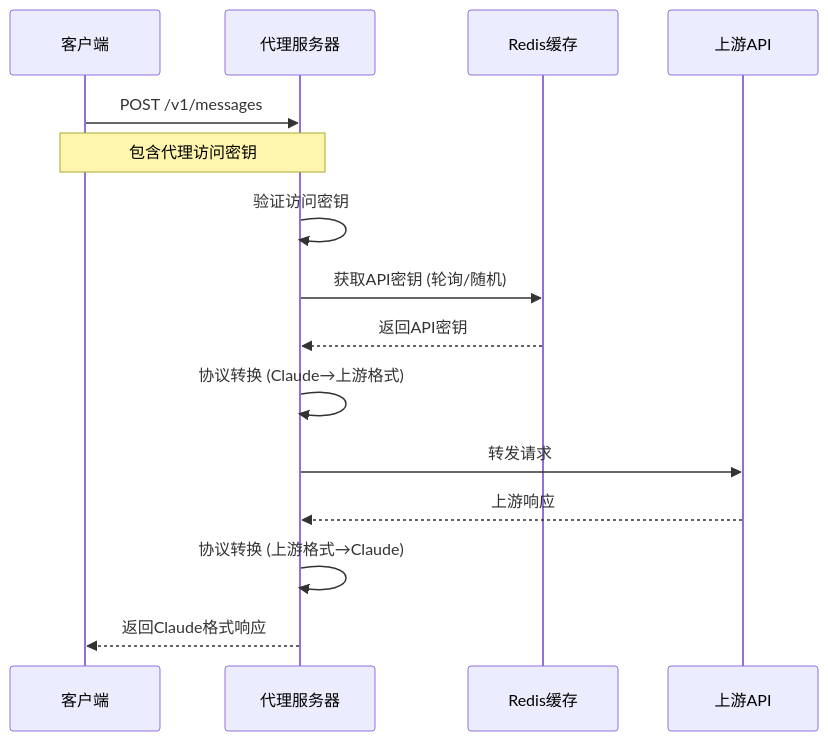
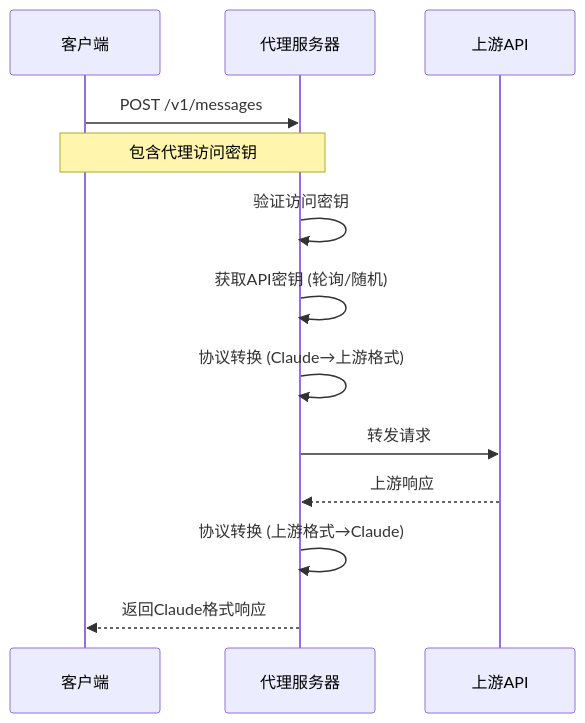
The diagram in README.md (BenedictKing/claude-proxy), drawn with Mermaid before and after one commit. The commit also changed other lines of this file and 1 other file, not shown here.

Commit message:
refactor: 移除 Redis 依赖，改为基于文件的配置管理

````diff
--- a/README.md
+++ b/README.md
@@ -254,21 +254,19 @@
 ```mermaid
 sequenceDiagram
     participant Client as 客户端
     participant Proxy as 代理服务器
-    participant Redis as Redis缓存
     participant Upstream as 上游API
 
     Client->>Proxy: POST /v1/messages
     Note over Client,Proxy: 包含代理访问密钥
 
     Proxy->>Proxy: 验证访问密钥
-    Proxy->>Redis: 获取API密钥 (轮询/随机)
-    Redis-->>Proxy: 返回API密钥
+    Proxy->>Proxy: 获取API密钥 (轮询/随机)
     
     Proxy->>Proxy: 协议转换 (Claude→上游格式)
     Proxy->>Upstream: 转发请求
     Upstream-->>Proxy: 上游响应
     
     Proxy->>Proxy: 协议转换 (上游格式→Claude)
     Proxy-->>Client: 返回Claude格式响应
 ```
````
